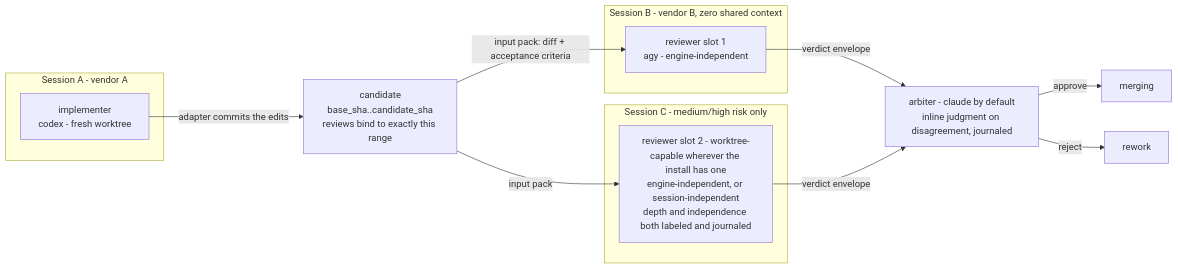
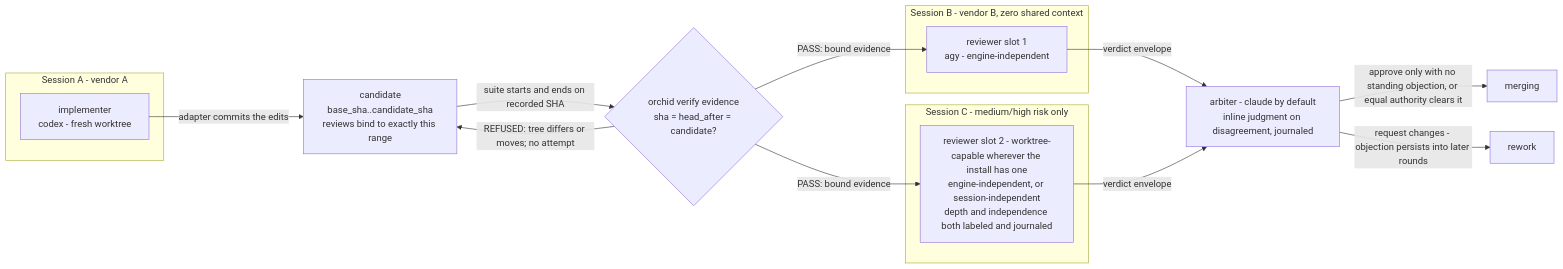
Before and after one commit to bilal-/orchid: the fourth of 5 diagrams in docs/architecture.md, drawn with Mermaid. The commit also changed other lines of this file and 25 other files, not shown here.

````diff
--- a/docs/architecture.md
+++ b/docs/architecture.md
@@ -221,21 +250,24 @@
 ```mermaid
 flowchart LR
     subgraph SA["Session A - vendor A"]
         IMP["implementer<br/>codex - fresh worktree"]
     end
     CAND["candidate<br/>base_sha..candidate_sha<br/>reviews bind to exactly this range"]
+    VERIFY{"orchid verify evidence<br/>sha = head_after = candidate?"}
     subgraph SB["Session B - vendor B, zero shared context"]
         R1["reviewer slot 1<br/>agy - engine-independent"]
     end
     subgraph SC["Session C - medium/high risk only"]
         R2["reviewer slot 2 - worktree-capable wherever the install has one<br/>engine-independent, or session-independent<br/>depth and independence both labeled and journaled"]
     end
     ARB["arbiter - claude by default<br/>inline judgment on disagreement, journaled"]
     IMP -->|"adapter commits the edits"| CAND
-    CAND -->|"input pack: diff + acceptance criteria"| R1
-    CAND -->|"input pack"| R2
+    CAND -->|"suite starts and ends on recorded SHA"| VERIFY
+    VERIFY -->|"PASS: bound evidence"| R1
+    VERIFY -->|"PASS: bound evidence"| R2
+    VERIFY -->|"REFUSED: tree differs or moves; no attempt"| CAND
     R1 -->|"verdict envelope"| ARB
     R2 -->|"verdict envelope"| ARB
-    ARB -->|"approve"| MERGE["merging"]
-    ARB -->|"reject"| REWORK["rework"]
+    ARB -->|"approve only with no standing objection, or equal authority clears it"| MERGE["merging"]
+    ARB -->|"request changes - objection persists into later rounds"| REWORK["rework"]
 ```
````
